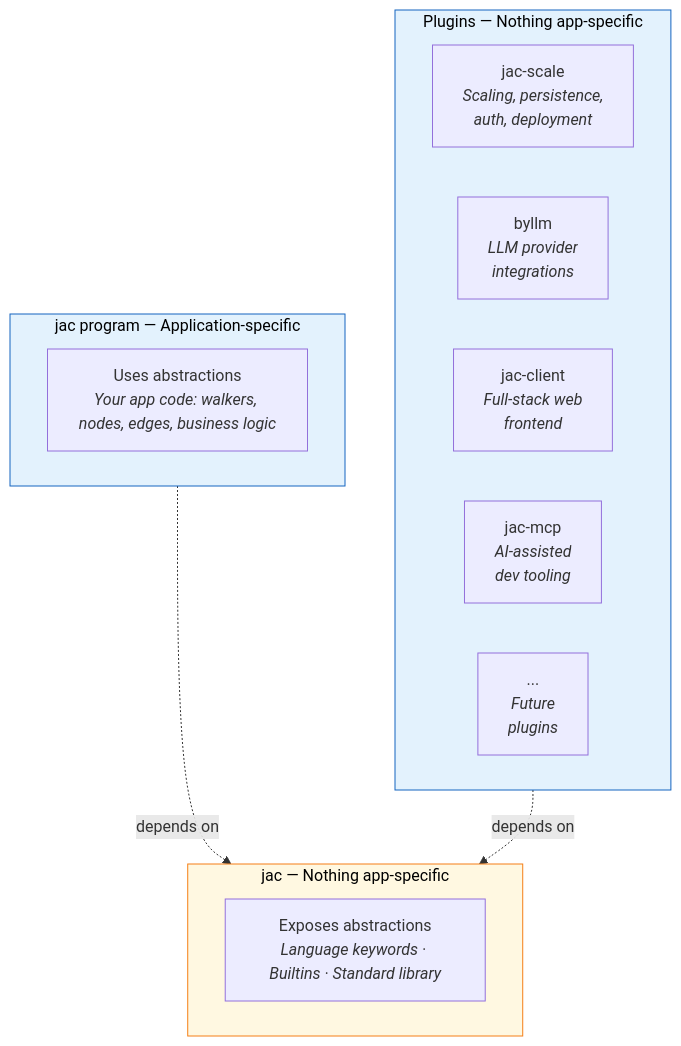
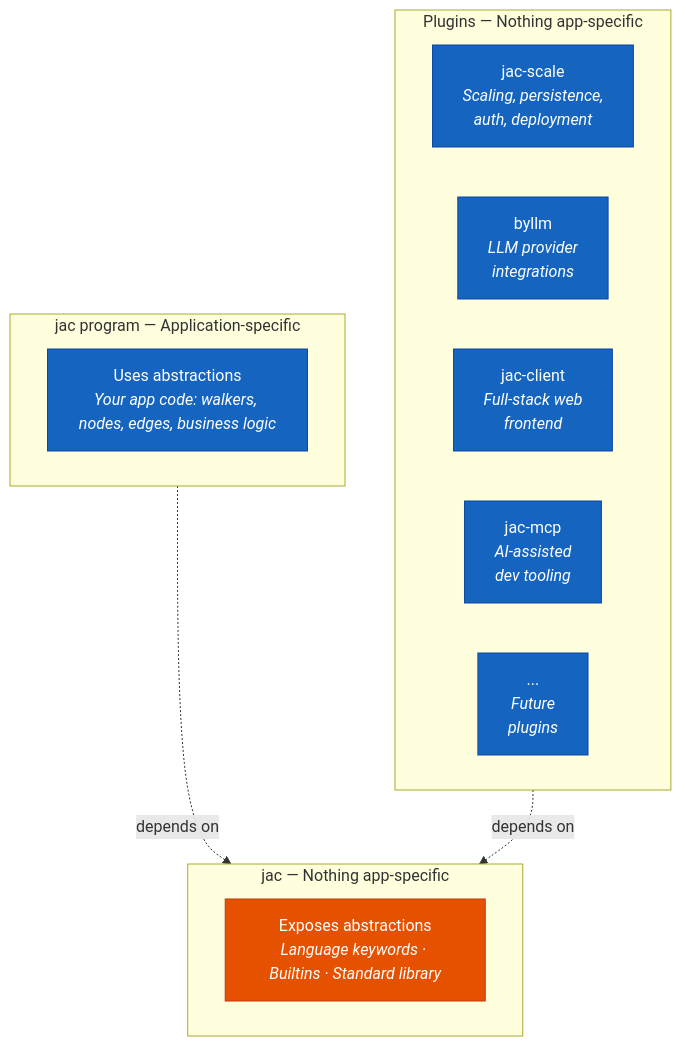
The first of 4 diagrams in docs/blog/posts/designing_new_abstractions_for_jac.md (jaseci-labs/jaseci-blogs), drawn with Mermaid before and after one commit. The commit also changed other lines of this file, not shown here.

First line of the commit message:
fix: mermaid diagram contrast in dark mode

````diff
--- a/docs/blog/posts/designing_new_abstractions_for_jac.md
+++ b/docs/blog/posts/designing_new_abstractions_for_jac.md
@@ -26,23 +26,24 @@
 ```mermaid
 graph TD
     subgraph TOP ["jac program — Application-specific"]
         A["Uses abstractions<br/><i>Your app code: walkers, nodes, edges, business logic</i>"]
     end
     subgraph MID ["jac — Nothing app-specific"]
         B["Exposes abstractions<br/><i>Language keywords · Builtins · Standard library</i>"]
     end
     subgraph BOT ["Plugins — Nothing app-specific"]
         C["jac-scale<br/><i>Scaling, persistence,<br/>auth, deployment</i>"]
         D["byllm<br/><i>LLM provider<br/>integrations</i>"]
         E["jac-client<br/><i>Full-stack web<br/>frontend</i>"]
         F["jac-mcp<br/><i>AI-assisted<br/>dev tooling</i>"]
         G["...<br/><i>Future<br/>plugins</i>"]
     end
 
     TOP -. "depends on" .-> MID
     BOT -. "depends on" .-> MID
 
-    style TOP fill:#e3f2fd,stroke:#1565c0,color:#000
-    style MID fill:#fff8e1,stroke:#f57f17,color:#000
-    style BOT fill:#e3f2fd,stroke:#1565c0,color:#000
+    classDef appLayer fill:#1565c0,stroke:#0d47a1,color:#ffffff
+    classDef coreLayer fill:#e65100,stroke:#bf360c,color:#ffffff
+    class A,C,D,E,F,G appLayer
+    class B coreLayer
 ```
````
